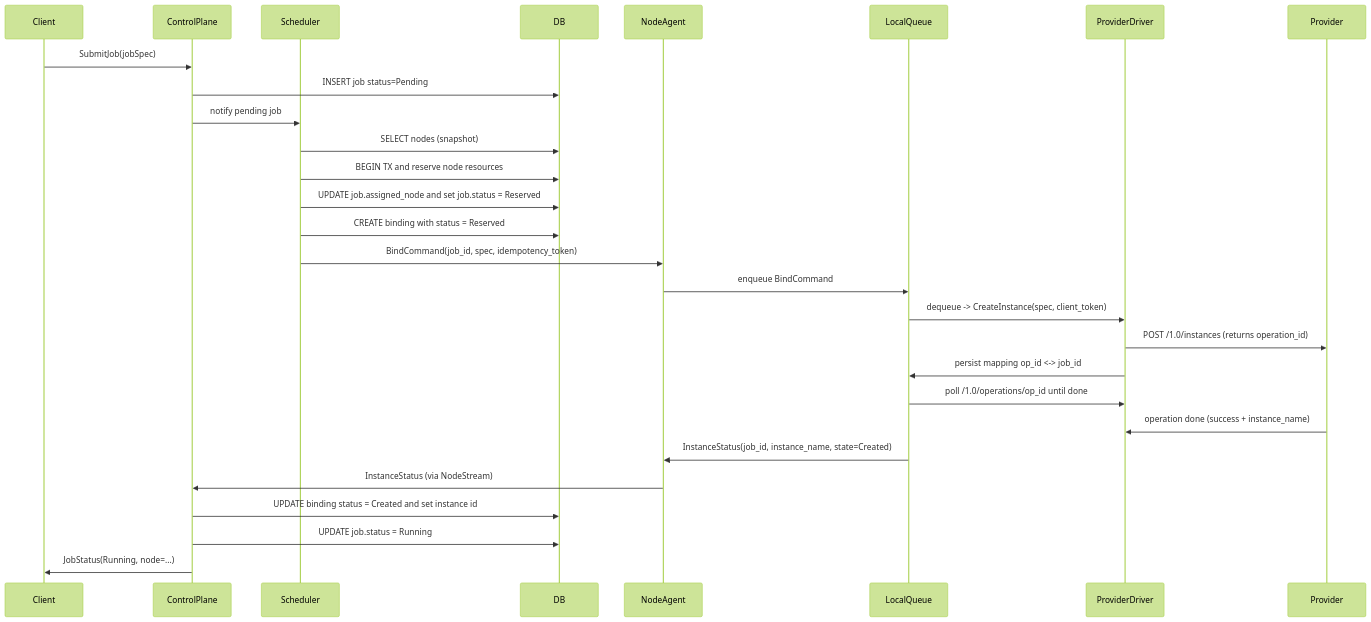
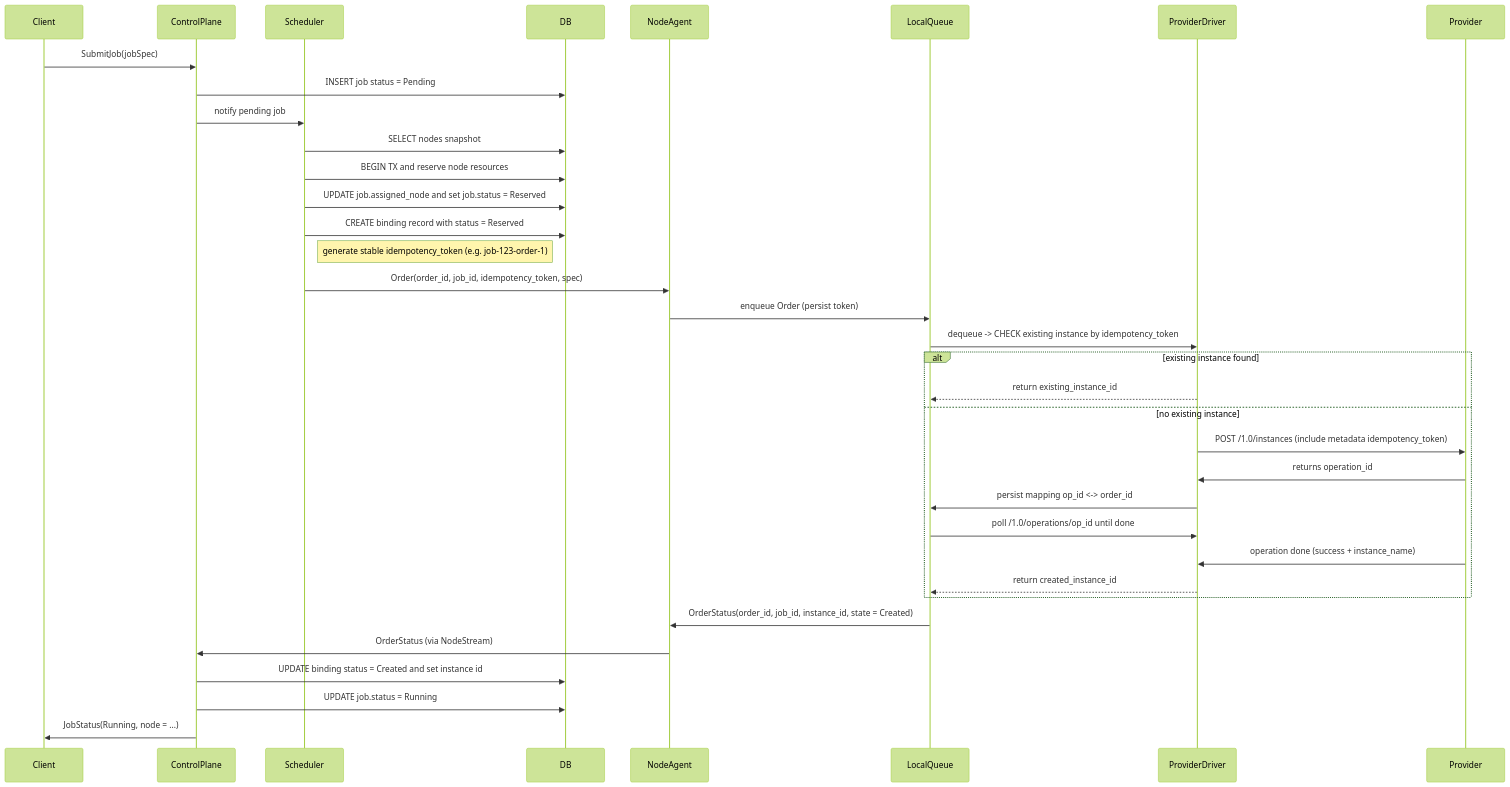
The diagram in docs/workflow.md (cloudnesia/open-scheduler), drawn with Mermaid (forest theme) before and after one commit.

Commit message:
docs: update workflow

````diff
--- a/docs/workflow.md
+++ b/docs/workflow.md
@@ -3,31 +3,38 @@
 ```mermaid
 sequenceDiagram
   participant Client
   participant ControlPlane
   participant Scheduler
   participant DB
   participant NodeAgent
   participant LocalQueue
   participant ProviderDriver
   participant Provider
 
   Client->>ControlPlane: SubmitJob(jobSpec)
-  ControlPlane->>DB: INSERT job status=Pending
+  ControlPlane->>DB: INSERT job status = Pending
   ControlPlane->>Scheduler: notify pending job
-  Scheduler->>DB: SELECT nodes (snapshot)
+  Scheduler->>DB: SELECT nodes snapshot
   Scheduler->>DB: BEGIN TX and reserve node resources
   Scheduler->>DB: UPDATE job.assigned_node and set job.status = Reserved
-  Scheduler->>DB: CREATE binding with status = Reserved
-  Scheduler->>NodeAgent: BindCommand(job_id, spec, idempotency_token)
-  NodeAgent->>LocalQueue: enqueue BindCommand
-  LocalQueue->>ProviderDriver: dequeue -> CreateInstance(spec, client_token)
-  ProviderDriver->>Provider: POST /1.0/instances  (returns operation_id)
-  ProviderDriver->>LocalQueue: persist mapping op_id <-> job_id
-  LocalQueue->>ProviderDriver: poll /1.0/operations/op_id until done
-  Provider->>ProviderDriver: operation done (success + instance_name)
-  LocalQueue->>NodeAgent: InstanceStatus(job_id, instance_name, state=Created)
-  NodeAgent->>ControlPlane: InstanceStatus (via NodeStream)
+  Scheduler->>DB: CREATE binding record with status = Reserved
+  Note right of Scheduler: generate stable idempotency_token (e.g. job-123-order-1)
+  Scheduler->>NodeAgent: Order(order_id, job_id, idempotency_token, spec)
+  NodeAgent->>LocalQueue: enqueue Order (persist token)
+  LocalQueue->>ProviderDriver: dequeue -> CHECK existing instance by idempotency_token
+  alt existing instance found
+    ProviderDriver-->>LocalQueue: return existing_instance_id
+  else no existing instance
+    ProviderDriver->>Provider: POST /1.0/instances (include metadata idempotency_token)
+    Provider->>ProviderDriver: returns operation_id
+    ProviderDriver->>LocalQueue: persist mapping op_id <-> order_id
+    LocalQueue->>ProviderDriver: poll /1.0/operations/op_id until done
+    Provider->>ProviderDriver: operation done (success + instance_name)
+    ProviderDriver-->>LocalQueue: return created_instance_id
+  end
+  LocalQueue->>NodeAgent: OrderStatus(order_id, job_id, instance_id, state = Created)
+  NodeAgent->>ControlPlane: OrderStatus (via NodeStream)
   ControlPlane->>DB: UPDATE binding status = Created and set instance id
   ControlPlane->>DB: UPDATE job.status = Running
-  ControlPlane->>Client: JobStatus(Running, node=...)
+  ControlPlane->>Client: JobStatus(Running, node = ...)
 ```
````
